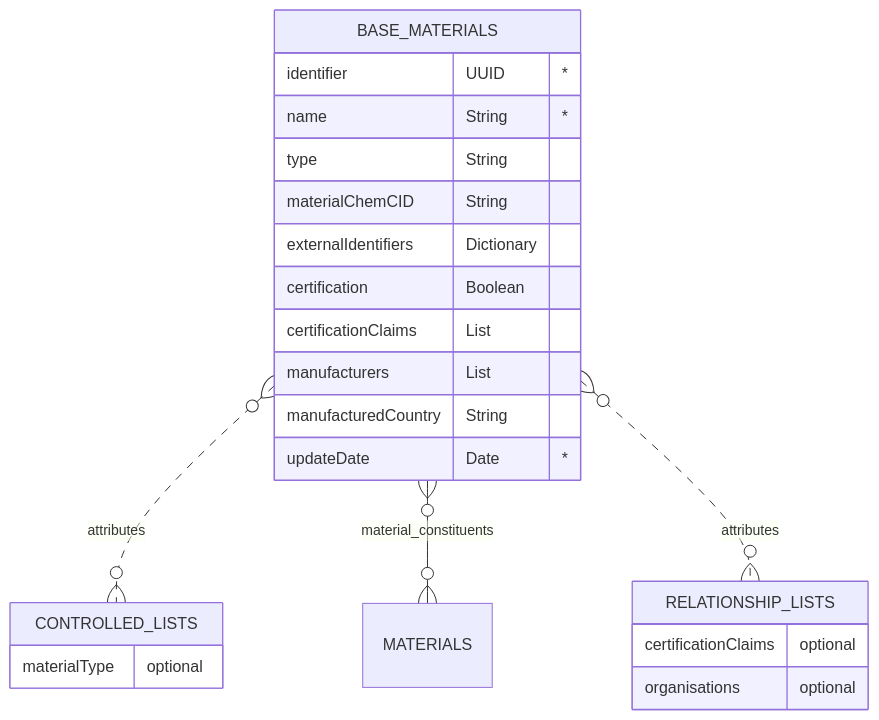
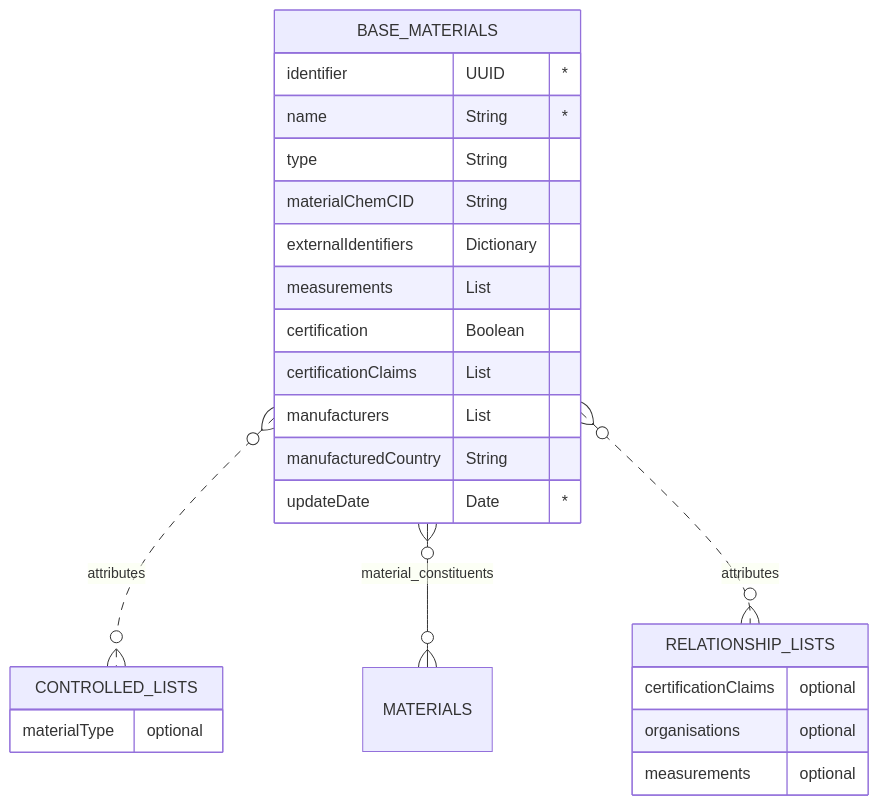
Before and after one commit to OpenDataManchester/Open3P: the first of 2 diagrams in docs/3_Data_Specification/3_1_Base_Materials.md, drawn with Mermaid. The commit also changed other lines of this file, not shown here.

Commit message:
Add measurements to base materials

````diff
--- a/docs/3_Data_Specification/3_1_Base_Materials.md
+++ b/docs/3_Data_Specification/3_1_Base_Materials.md
@@ -31,25 +32,27 @@
 ``` mermaid
 erDiagram
   BASE_MATERIALS {
     identifier UUID "*"
     name String "*"
     type String
     materialChemCID String
     externalIdentifiers Dictionary
+    measurements List
     certification Boolean
     certificationClaims List
     manufacturers List
     manufacturedCountry String
     updateDate Date "*"
   }
   BASE_MATERIALS }o..o{ CONTROLLED_LISTS : attributes
   BASE_MATERIALS }o--o{ MATERIALS : material_constituents
   BASE_MATERIALS }o..o{ RELATIONSHIP_LISTS : attributes
   CONTROLLED_LISTS {
     materialType optional
   }
   RELATIONSHIP_LISTS {
     certificationClaims optional
     organisations optional
+    measurements optional
   }
 ```
````
